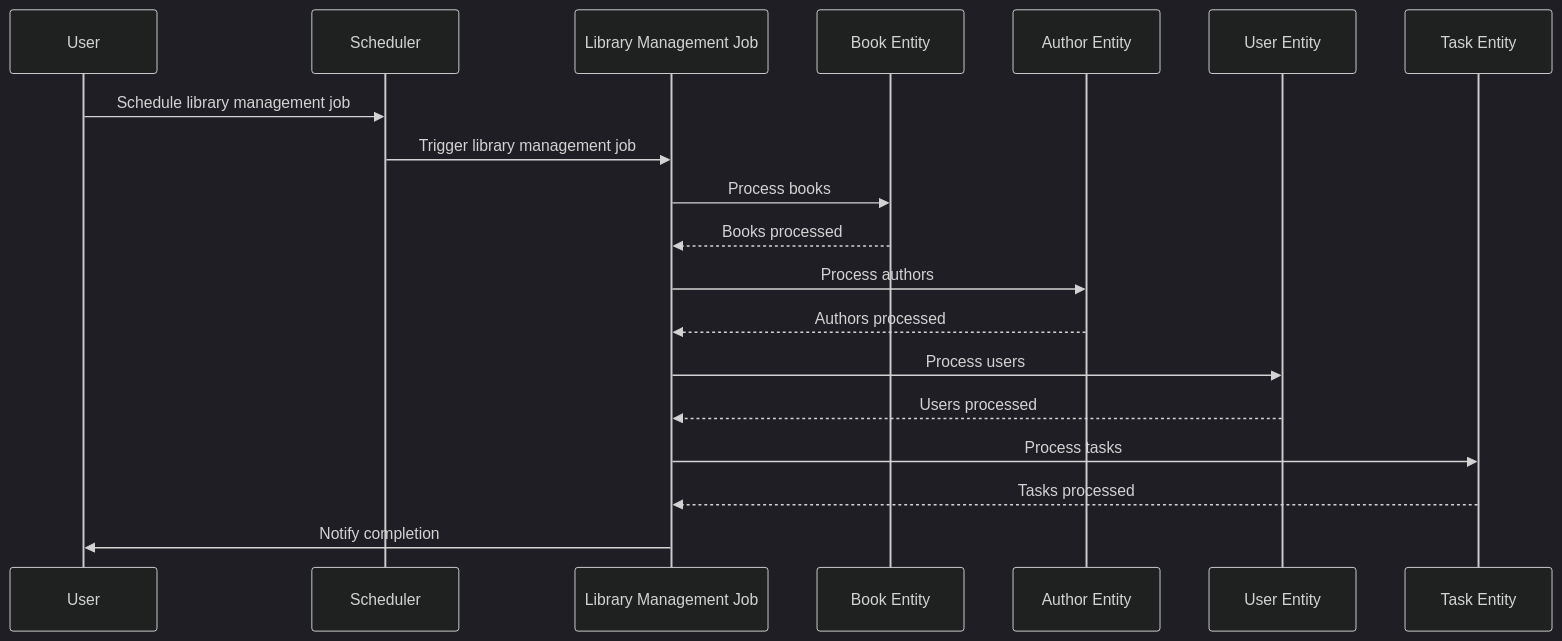
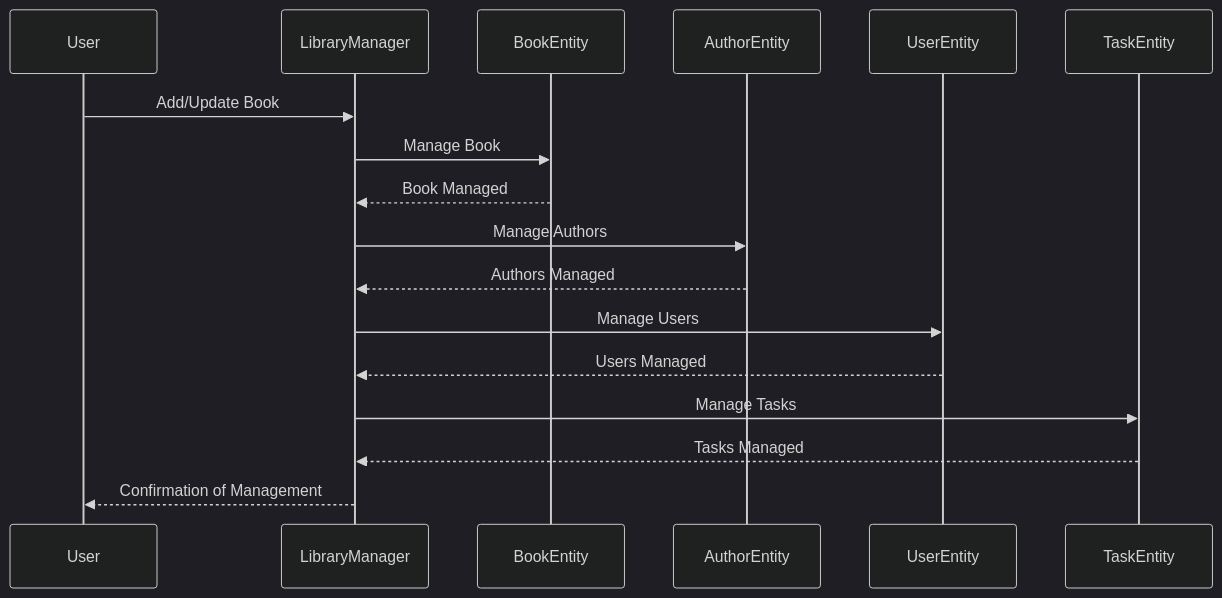
The second of 2 diagrams in entity/app_design_prd.md (Cyoda-platform/quart-client-template), drawn with Mermaid (dark theme) before and after one commit. The commit also changed other lines of this file, not shown here.

````diff
--- a/entity/app_design_prd.md
+++ b/entity/app_design_prd.md
@@ -59,22 +75,20 @@
 ```mermaid
 sequenceDiagram
     participant User
-    participant Scheduler
-    participant Library Management Job
-    participant Book Entity
-    participant Author Entity
-    participant User Entity
-    participant Task Entity
+    participant LibraryManager
+    participant BookEntity
+    participant AuthorEntity
+    participant UserEntity
+    participant TaskEntity
 
-    User->>Scheduler: Schedule library management job
-    Scheduler->>Library Management Job: Trigger library management job
-    Library Management Job->>Book Entity: Process books
-    Book Entity-->>Library Management Job: Books processed
-    Library Management Job->>Author Entity: Process authors
-    Author Entity-->>Library Management Job: Authors processed
-    Library Management Job->>User Entity: Process users
-    User Entity-->>Library Management Job: Users processed
-    Library Management Job->>Task Entity: Process tasks
-    Task Entity-->>Library Management Job: Tasks processed
-    Library Management Job->>User: Notify completion
+    User->>LibraryManager: Add/Update Book
+    LibraryManager->>BookEntity: Manage Book
+    BookEntity-->>LibraryManager: Book Managed
+    LibraryManager->>AuthorEntity: Manage Authors
+    AuthorEntity-->>LibraryManager: Authors Managed
+    LibraryManager->>UserEntity: Manage Users
+    UserEntity-->>LibraryManager: Users Managed
+    LibraryManager->>TaskEntity: Manage Tasks
+    TaskEntity-->>LibraryManager: Tasks Managed
+    LibraryManager-->>User: Confirmation of Management
 ```
````
